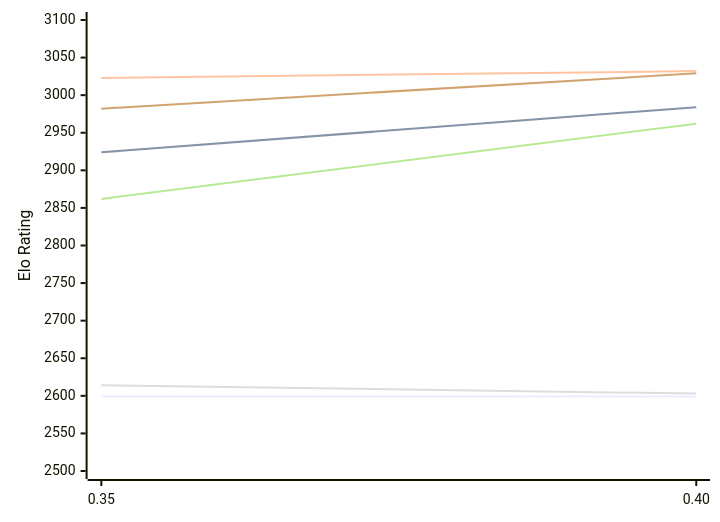
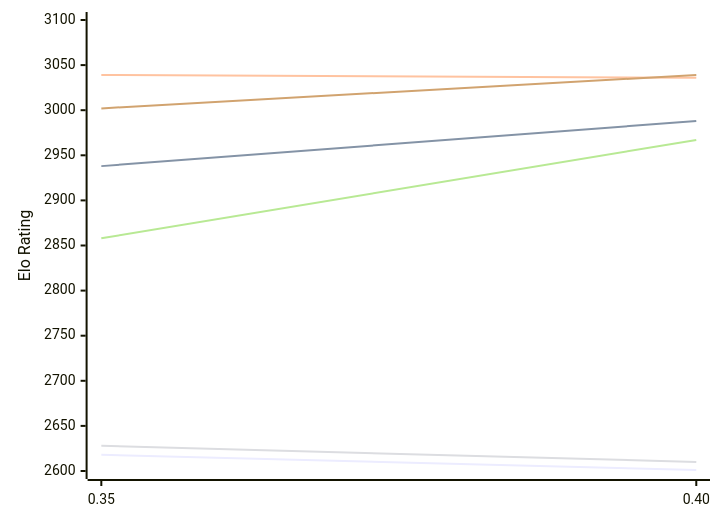
The first of 2 diagrams in engines/Gecko.md (computer-chess-index/cci), drawn with Mermaid before and after one commit. The commit also changed other lines of this file, not shown here.

Commit message:
Update CCI Ratings (ELO VLTC) - 2026-11-25

````diff
--- a/engines/Gecko.md
+++ b/engines/Gecko.md
@@ -54,12 +54,12 @@
 ```mermaid
 %%{init: {"theme":"base","themeVariables":{"seriesColors:['#a3a3a3','#222221','#faa371']}}}%%
 xychart-beta
   x-axis ["0.35", "0.40"]
-  y-axis "Elo Rating" 2500 --> 3100
-  line "E1: STC (8.0+0.08s)" [2599, 2599]
-  line "E1: LTC (60.0+0.60s)" [2924, 2984]
-  line "E1: VLTC (2m24s+1.12s)" [3023, 3032]
-  line "P1: STC (8.0+0.08s)" [2614, 2603]
-  line "P1: LTC (60.0+0.60s)" [2862, 2962]
-  line "P1: VLTC (2m24s+1.12s)" [2982, 3029]
+  y-axis "Elo Rating" 2600 --> 3100
+  line "E1: STC (8.0+0.08s)" [2618, 2601]
+  line "E1: LTC (60.0+0.60s)" [2938, 2988]
+  line "E1: VLTC (2m24s+1.12s)" [3039, 3036]
+  line "P1: STC (8.0+0.08s)" [2628, 2610]
+  line "P1: LTC (60.0+0.60s)" [2858, 2967]
+  line "P1: VLTC (2m24s+1.12s)" [3002, 3039]
 ```
````
